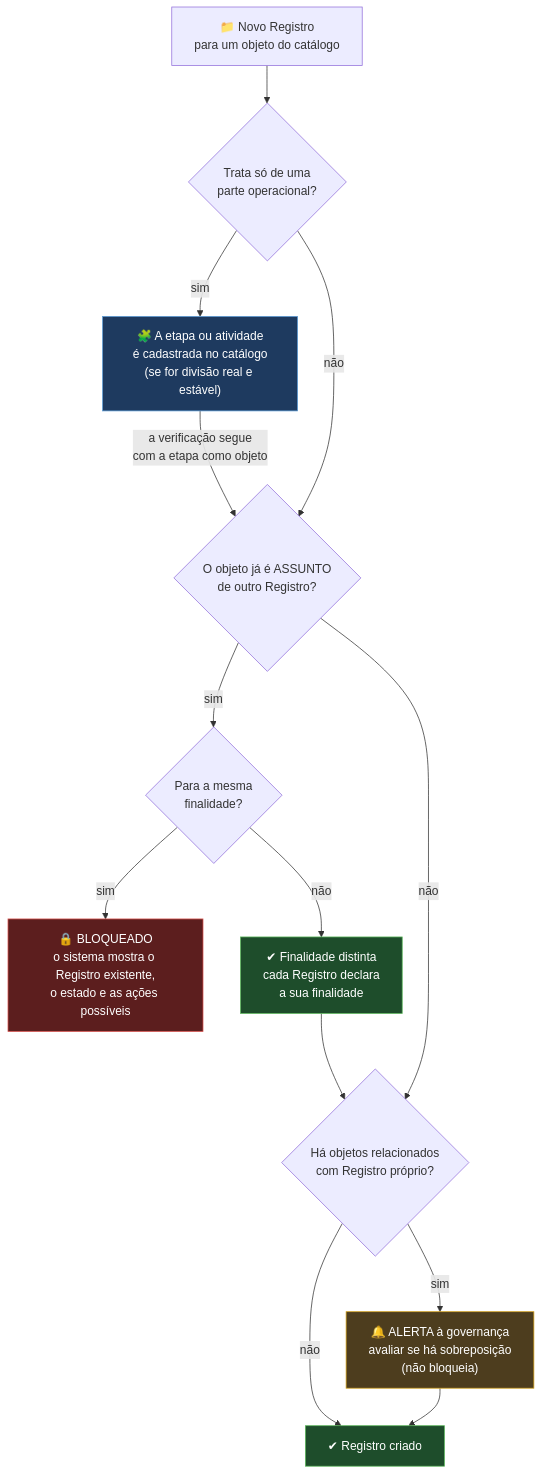
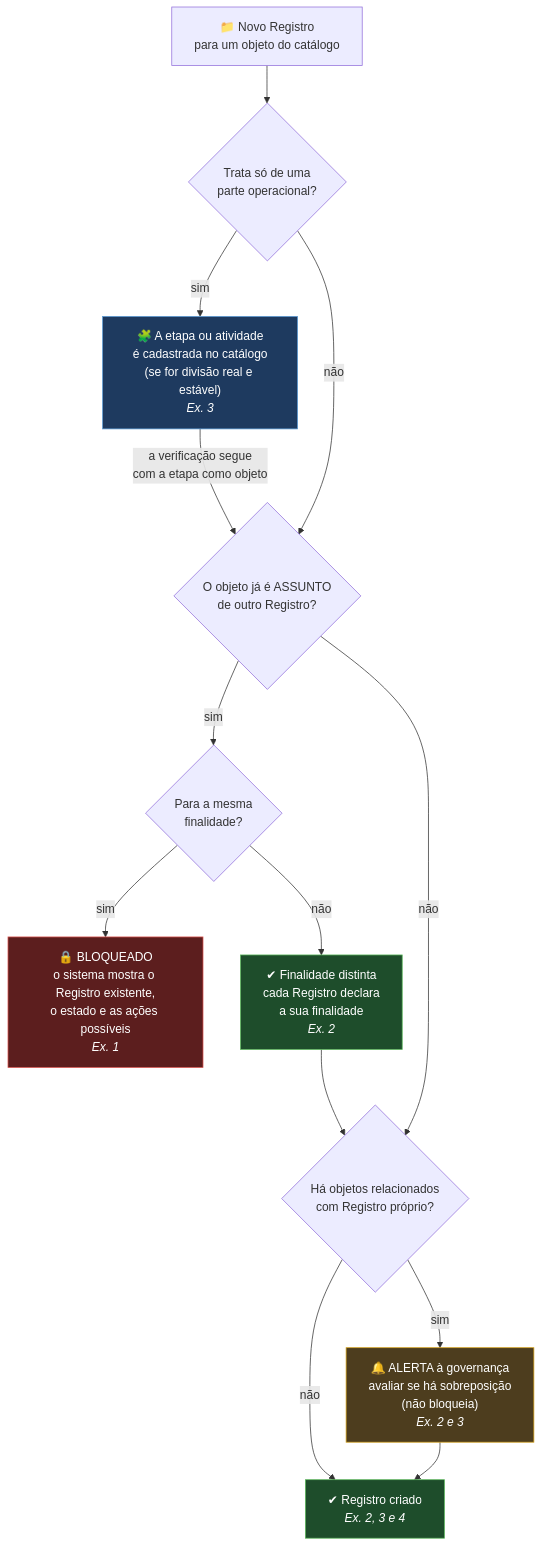
One commit to ailtonfv/governanca-lgpd-hortolandia changed the sixth of 6 diagrams in README.md. Above: the diagram before and after it, drawn with Mermaid. The commit also changed other lines of this file, not shown here.

````diff
--- a/README.md
+++ b/README.md
@@ -172,20 +183,20 @@
 ```mermaid
 flowchart TD
     N["📁 Novo Registro<br/>para um objeto do catálogo"] --> P{"Trata só de uma<br/>parte operacional?"}
-    P -- "sim" --> ET["🧩 A etapa ou atividade<br/>é cadastrada no catálogo<br/>(se for divisão real e estável)"]
+    P -- "sim" --> ET["🧩 A etapa ou atividade<br/>é cadastrada no catálogo<br/>(se for divisão real e estável)<br/><i>Ex. 3</i>"]
     ET -- "a verificação segue<br/>com a etapa como objeto" --> Q1
     P -- "não" --> Q1{"O objeto já é ASSUNTO<br/>de outro Registro?"}
     Q1 -- "sim" --> Q2{"Para a mesma<br/>finalidade?"}
-    Q2 -- "sim" --> BL["🔒 BLOQUEADO<br/>o sistema mostra o Registro existente,<br/>o estado e as ações possíveis"]
-    Q2 -- "não" --> OK2["✔ Finalidade distinta<br/>cada Registro declara<br/>a sua finalidade"]
+    Q2 -- "sim" --> BL["🔒 BLOQUEADO<br/>o sistema mostra o Registro existente,<br/>o estado e as ações possíveis<br/><i>Ex. 1</i>"]
+    Q2 -- "não" --> OK2["✔ Finalidade distinta<br/>cada Registro declara<br/>a sua finalidade<br/><i>Ex. 2</i>"]
     OK2 --> Q3
     Q1 -- "não" --> Q3{"Há objetos relacionados<br/>com Registro próprio?"}
-    Q3 -- "sim" --> AL["🔔 ALERTA à governança<br/>avaliar se há sobreposição<br/>(não bloqueia)"]
-    Q3 -- "não" --> OK["✔ Registro criado"]
+    Q3 -- "sim" --> AL["🔔 ALERTA à governança<br/>avaliar se há sobreposição<br/>(não bloqueia)<br/><i>Ex. 2 e 3</i>"]
+    Q3 -- "não" --> OK["✔ Registro criado<br/><i>Ex. 2, 3 e 4</i>"]
     AL --> OK
     style BL fill:#5c1e1e,stroke:#d9534f,color:#fff
     style OK fill:#1e4d2b,stroke:#5cb85c,color:#fff
     style OK2 fill:#1e4d2b,stroke:#5cb85c,color:#fff
     style AL fill:#4d3d1e,stroke:#d4a017,color:#fff
     style ET fill:#1e3a5f,stroke:#5b9bd5,color:#fff
 ```
````
